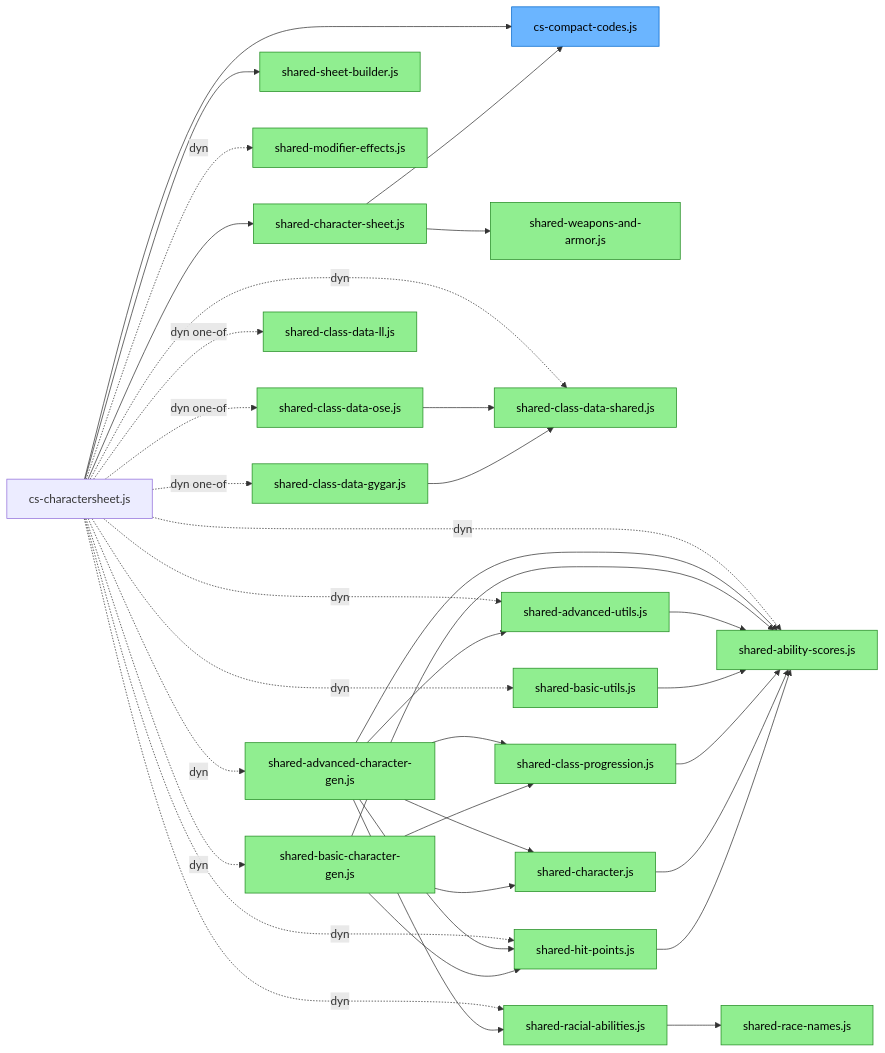
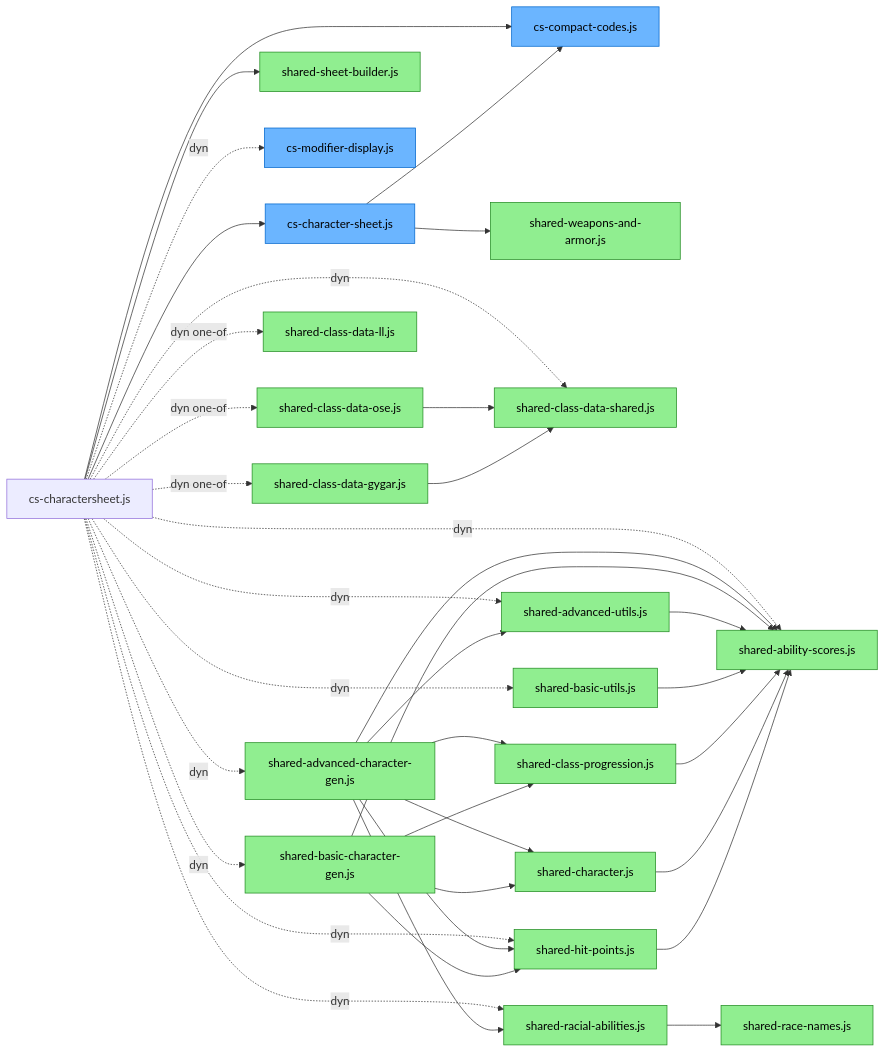
One commit to bmfrosty/ose-level-0 changed the first of 2 diagrams in FLOWCHART.md. Above: the diagram before and after it, drawn with Mermaid. The commit also changed other lines of this file and 10 other files, not shown here.

````diff
--- a/FLOWCHART.md
+++ b/FLOWCHART.md
@@ -22,75 +22,75 @@
 ```mermaid
 flowchart LR
     classDef shared fill:#90EE90,stroke:#228B22,color:#000
     classDef csOnly fill:#6bb5ff,stroke:#0066cc,color:#000
 
     csjs["cs-charactersheet.js"]
 
-    charsheetjs["shared-character-sheet.js"]
+    charsheetjs["cs-character-sheet.js"]
     sheetbuilder["shared-sheet-builder.js"]
     compact["cs-compact-codes.js"]
     wa["shared-weapons-and-armor.js"]
     abilsc["shared-ability-scores.js"]
-    modeff["shared-modifier-effects.js"]
+    modeff["cs-modifier-display.js"]
     cdshared["shared-class-data-shared.js"]
     cdose["shared-class-data-ose.js"]
     cdgygar["shared-class-data-gygar.js"]
     cdll["shared-class-data-ll.js"]
     racial["shared-racial-abilities.js"]
     racenames["shared-race-names.js"]
     advutils["shared-advanced-utils.js"]
     advgen["shared-advanced-character-gen.js"]
     basicgen["shared-basic-character-gen.js"]
     basicutils["shared-basic-utils.js"]
     hp["shared-hit-points.js"]
     clsprog["shared-class-progression.js"]
     char["shared-character.js"]
 
-    class charsheetjs,sheetbuilder,wa,abilsc,modeff,cdshared,cdose,cdgygar,cdll,racial,racenames,advutils,advgen,basicgen,basicutils,hp,clsprog,char shared
-    class compact csOnly
+    class sheetbuilder,wa,abilsc,cdshared,cdose,cdgygar,cdll,racial,racenames,advutils,advgen,basicgen,basicutils,hp,clsprog,char shared
+    class charsheetjs,compact,modeff csOnly
 
     %% static imports
     csjs --> charsheetjs
     csjs --> compact
     csjs --> sheetbuilder
 
     %% dynamic imports
     csjs -.->|dyn| abilsc
     csjs -.->|dyn| modeff
     csjs -.->|dyn| cdshared
     csjs -.->|dyn one-of| cdose
     csjs -.->|dyn one-of| cdgygar
     csjs -.->|dyn one-of| cdll
     csjs -.->|dyn| racial
     csjs -.->|dyn| advutils
     csjs -.->|dyn| advgen
     csjs -.->|dyn| basicgen
     csjs -.->|dyn| basicutils
     csjs -.->|dyn| hp
 
     charsheetjs --> compact
     charsheetjs --> wa
 
     cdose   --> cdshared
     cdgygar --> cdshared
 
     racial --> racenames
 
     advgen --> abilsc
     advgen --> hp
     advgen --> clsprog
     advgen --> racial
     advgen --> char
     advgen --> advutils
 
     basicgen --> abilsc
     basicgen --> hp
     basicgen --> clsprog
     basicgen --> char
 
     advutils  --> abilsc
     basicutils --> abilsc
     clsprog   --> abilsc
     char      --> abilsc
     hp        --> abilsc
 ```
````
